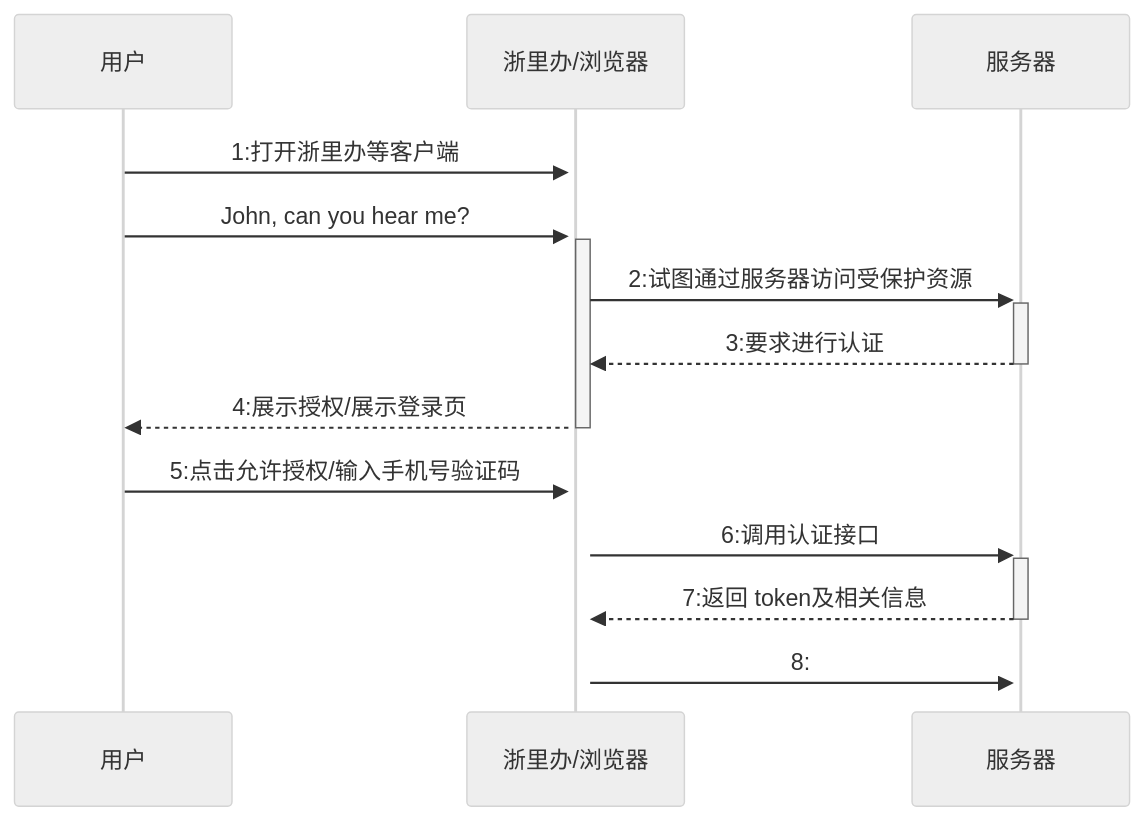
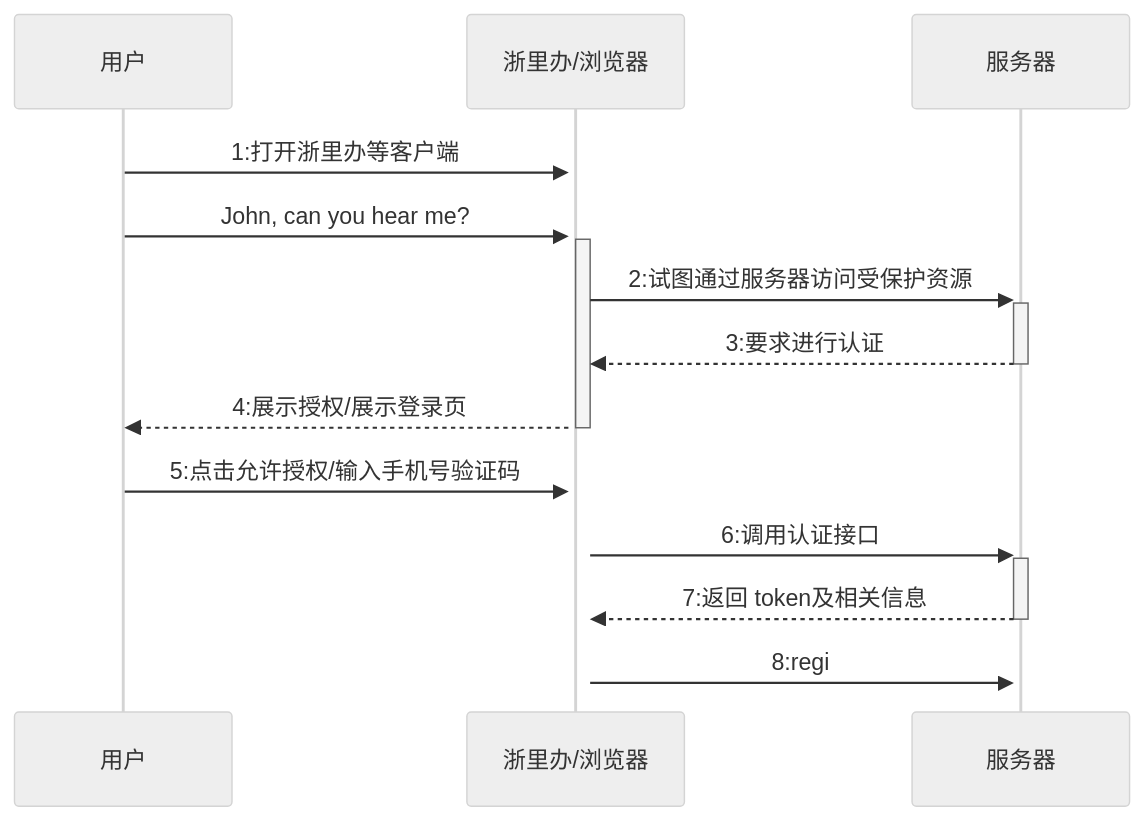
Before and after one commit to fifuntop/iodraw-files: the diagram in all/居民端时序图.md, drawn with Mermaid (neutral theme).

Commit message:
2024-03-14 15:33:37 update

````diff
--- a/all/居民端时序图.md
+++ b/all/居民端时序图.md
@@ -1,13 +1,13 @@
 ```mermaid
 sequenceDiagram
     用户->>+浙里办/浏览器: 1:打开浙里办等客户端
     用户->>+浙里办/浏览器: John, can you hear me?
     浙里办/浏览器->>+服务器: 2:试图通过服务器访问受保护资源
     服务器-->>-浙里办/浏览器: 3:要求进行认证
     浙里办/浏览器-->>-用户: 4:展示授权/展示登录页
     用户->>+浙里办/浏览器: 5:点击允许授权/输入手机号验证码
     浙里办/浏览器->>+服务器: 6:调用认证接口
     服务器-->>-浙里办/浏览器: 7:返回 token及相关信息
-    浙里办/浏览器->>+服务器: 8:
+    浙里办/浏览器->>+服务器: 8:regi
             
 ```
````
